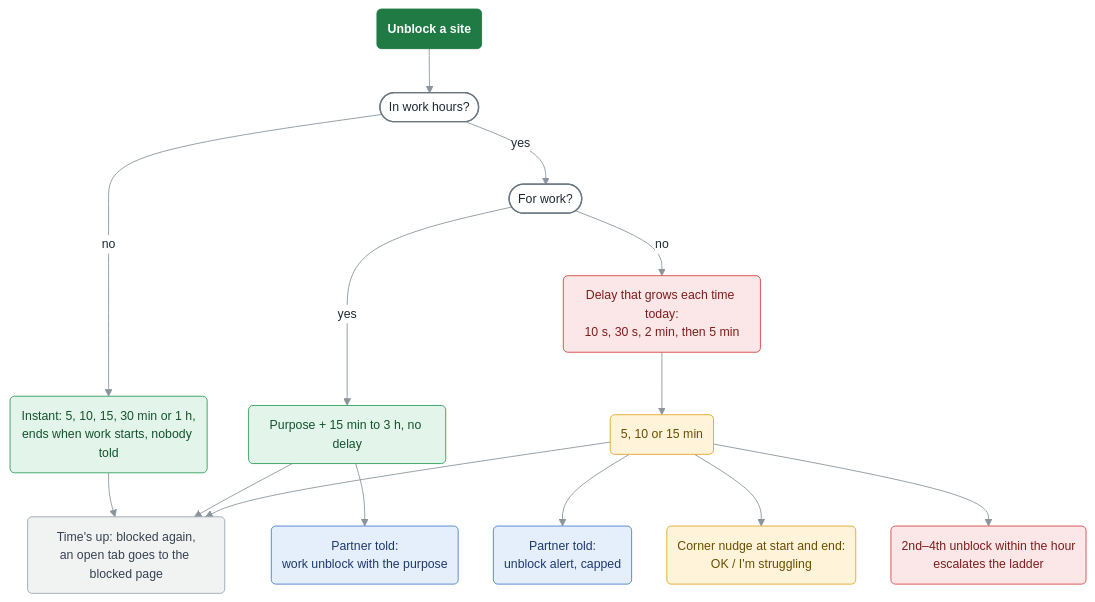
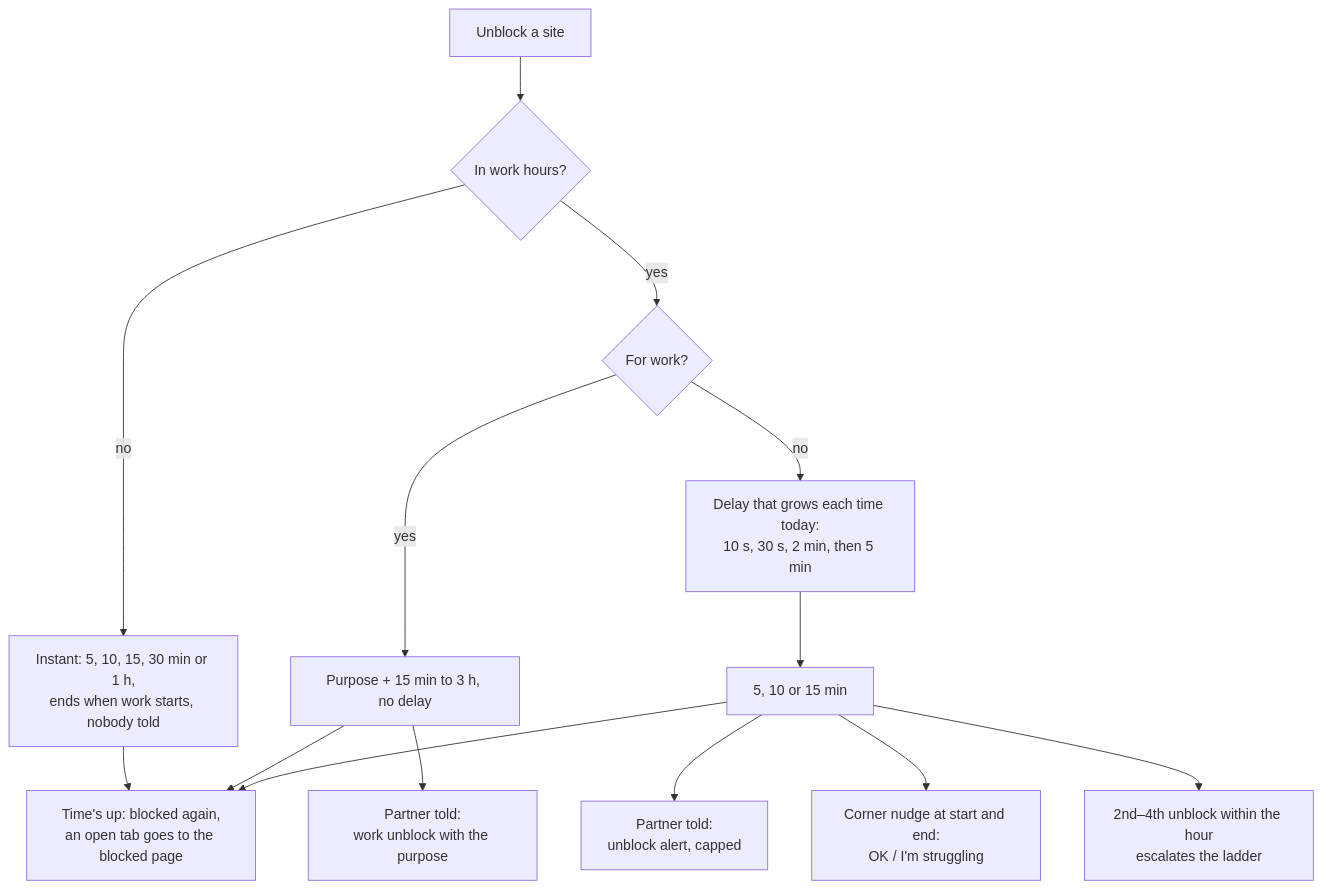
The fifth of 7 diagrams in docs/FLOWS.md (hodapp512/ontask), drawn with Mermaid before and after one commit. The commit also changed other lines of this file and 1 other file, not shown here.

Commit message:
FLOWS.md: back to Mermaid's default look (the custom theme broke in IntelliJ's dark preview); keep readable state names

````diff
--- a/docs/FLOWS.md
+++ b/docs/FLOWS.md
@@ -250,30 +188,14 @@
 ```mermaid
-%%{init: {"theme": "base", "themeVariables": {"fontFamily": "-apple-system, BlinkMacSystemFont, Segoe UI, Helvetica, Arial, sans-serif", "fontSize": "14px", "primaryColor": "#F7F9F8", "primaryBorderColor": "#B8C2BC", "primaryTextColor": "#1F2933", "lineColor": "#8A949C", "edgeLabelBackground": "#FFFFFF", "tertiaryColor": "#F7F9F8", "clusterBkg": "#F4F7F5", "clusterBorder": "#C8D0CB"}, "flowchart": {"curve": "basis", "nodeSpacing": 40, "rankSpacing": 50, "padding": 12}}}%%
 flowchart TD
-    U("Unblock a site") --> WH(["In work hours?"])
-    WH -- no --> FREE("Instant: 5, 10, 15, 30 min or 1 h,<br/>ends when work starts, nobody told")
-    WH -- yes --> FW(["For work?"])
-    FW -- yes --> PUR("Purpose + 15 min to 3 h, no delay") --> TOLD1("Partner told:<br/>work unblock with the purpose")
-    FW -- no --> DELAY("Delay that grows each time today:<br/>10 s, 30 s, 2 min, then 5 min")
-    DELAY --> LEN("5, 10 or 15 min") --> TOLD2("Partner told:<br/>unblock alert, capped")
-    LEN --> NUDGE("Corner nudge at start and end:<br/>OK / I'm struggling")
-    LEN --> LADDER("2nd–4th unblock within the hour<br/>escalates the ladder")
-    FREE --> END("Time's up: blocked again,<br/>an open tab goes to the blocked page")
+    U[Unblock a site] --> WH{In work hours?}
+    WH -- no --> FREE[Instant: 5, 10, 15, 30 min or 1 h,<br/>ends when work starts, nobody told]
+    WH -- yes --> FW{For work?}
+    FW -- yes --> PUR[Purpose + 15 min to 3 h, no delay] --> TOLD1[Partner told:<br/>work unblock with the purpose]
+    FW -- no --> DELAY[Delay that grows each time today:<br/>10 s, 30 s, 2 min, then 5 min]
+    DELAY --> LEN[5, 10 or 15 min] --> TOLD2[Partner told:<br/>unblock alert, capped]
+    LEN --> NUDGE[Corner nudge at start and end:<br/>OK / I'm struggling]
+    LEN --> LADDER[2nd–4th unblock within the hour<br/>escalates the ladder]
+    FREE --> END[Time's up: blocked again,<br/>an open tab goes to the blocked page]
     PUR --> END
     LEN --> END
-
-    classDef start fill:#1F7A44,stroke:#1F7A44,color:#FFFFFF,font-weight:bold
-    classDef good fill:#E3F4EA,stroke:#2E9E5B,color:#14532D
-    classDef bad fill:#FBE7E7,stroke:#D64545,color:#7F1D1D
-    classDef warn fill:#FFF4DA,stroke:#E0A526,color:#6B4E00
-    classDef partner fill:#E5EEFB,stroke:#4A7BD0,color:#1E3A6E
-    classDef quiet fill:#F1F3F2,stroke:#9AA5B1,color:#374151
-    class U start
-    class FREE,PUR good
-    class DELAY,LADDER bad
-    class LEN,NUDGE warn
-    class TOLD1,TOLD2 partner
-    class END quiet
-    classDef ask fill:#FFFFFF,stroke:#6B7780,stroke-width:1.5px,color:#1F2933
-    class FW,WH ask
 ```
````
